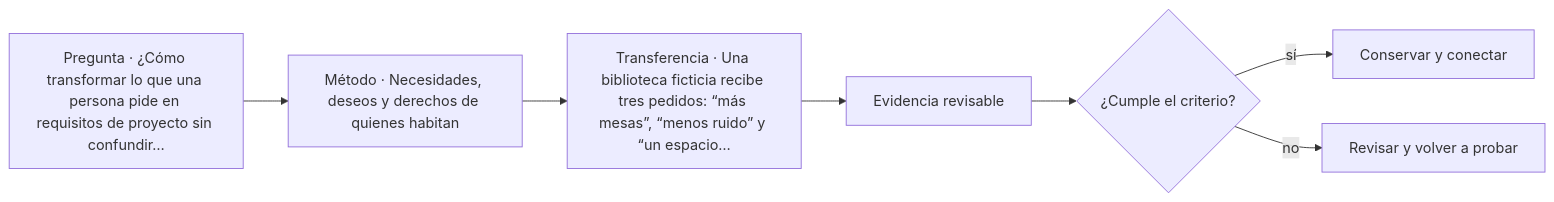
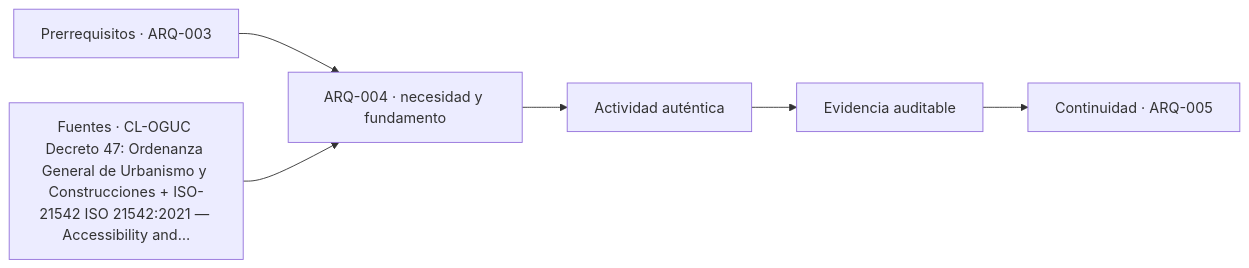
The diagram in classes/parte-01/ARQ-004.md (vladimiracunadev-create/architecture-built-environment-learning-program), drawn with Mermaid before and after one commit. The commit also changed other lines of this file and 761 other files, not shown here.

````diff
--- a/classes/parte-01/ARQ-004.md
+++ b/classes/parte-01/ARQ-004.md
@@ -106,9 +118,8 @@
 ```mermaid
 flowchart LR
-    Q["Pregunta · ¿Cómo transformar lo que una persona pide en requisitos de proyecto sin confundir…"] --> M["Método · Necesidades, deseos y derechos de quienes habitan"]
-    M --> P["Transferencia · Una biblioteca ficticia recibe tres pedidos: “más mesas”, “menos ruido” y “un espacio…"]
-    P --> E["Evidencia revisable"]
-    E --> C{"¿Cumple el criterio?"}
-    C -->|sí| T["Conservar y conectar"]
-    C -->|no| R["Revisar y volver a probar"]
+    A["Prerrequisitos · ARQ-003"] --> B["ARQ-004 · necesidad y fundamento"]
+    S["Fuentes · CL-OGUC Decreto 47: Ordenanza General de Urbanismo y Construcciones + ISO-21542 ISO 21542:2021 — Accessibility and…"] --> B
+    B --> C["Actividad auténtica"]
+    C --> D["Evidencia auditable"]
+    D --> E["Continuidad · ARQ-005"]
 ```
````
